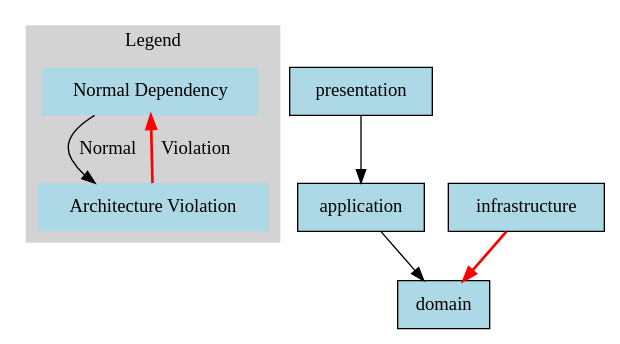
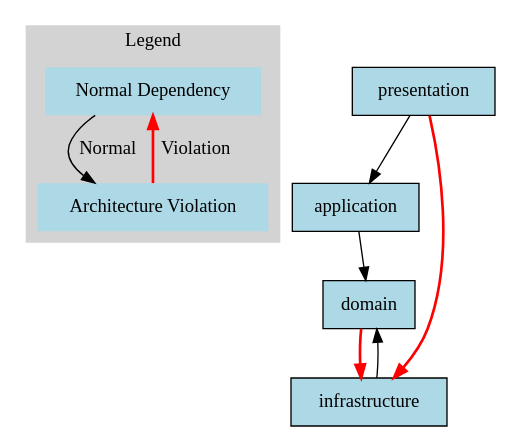
The diagram in examples/generate_graph/dependency_graph.dot (solrac97gr/goarchtest), drawn with Graphviz before and after one commit. The commit also changed 8 other files, not shown here.

First line of the commit message:
feat: introduce intentional Clean Architecture violations in user domain, infrastructure, and presentation layers

```diff
--- a/examples/generate_graph/dependency_graph.dot
+++ b/examples/generate_graph/dependency_graph.dot
@@ -1,21 +1,23 @@
 digraph ArchitectureDependencies {
   rankdir=TB;
   node [shape=box, style=filled, fillcolor=lightblue];
   subgraph cluster_legend {
     label="Legend";
     style=filled;
     color=lightgrey;
     node [style=filled, shape=box];
     normal_edge [label="Normal Dependency", shape=plaintext];
     violation_edge [label="Architecture Violation", shape=plaintext];
     normal_edge -> violation_edge [color=black, label="Normal"];
     violation_edge -> normal_edge [color=red, penwidth=2.0, label="Violation"];
   }
   node0 [label="domain"];
   node1 [label="application"];
   node2 [label="infrastructure"];
   node3 [label="presentation"];
   node1 -> node0;
-  node2 -> node0 [color=red, penwidth=2.0];
+  node2 -> node0;
   node3 -> node1;
+  node0 -> node2 [color=red, penwidth=2.0];
+  node3 -> node2 [color=red, penwidth=2.0];
 }
```
